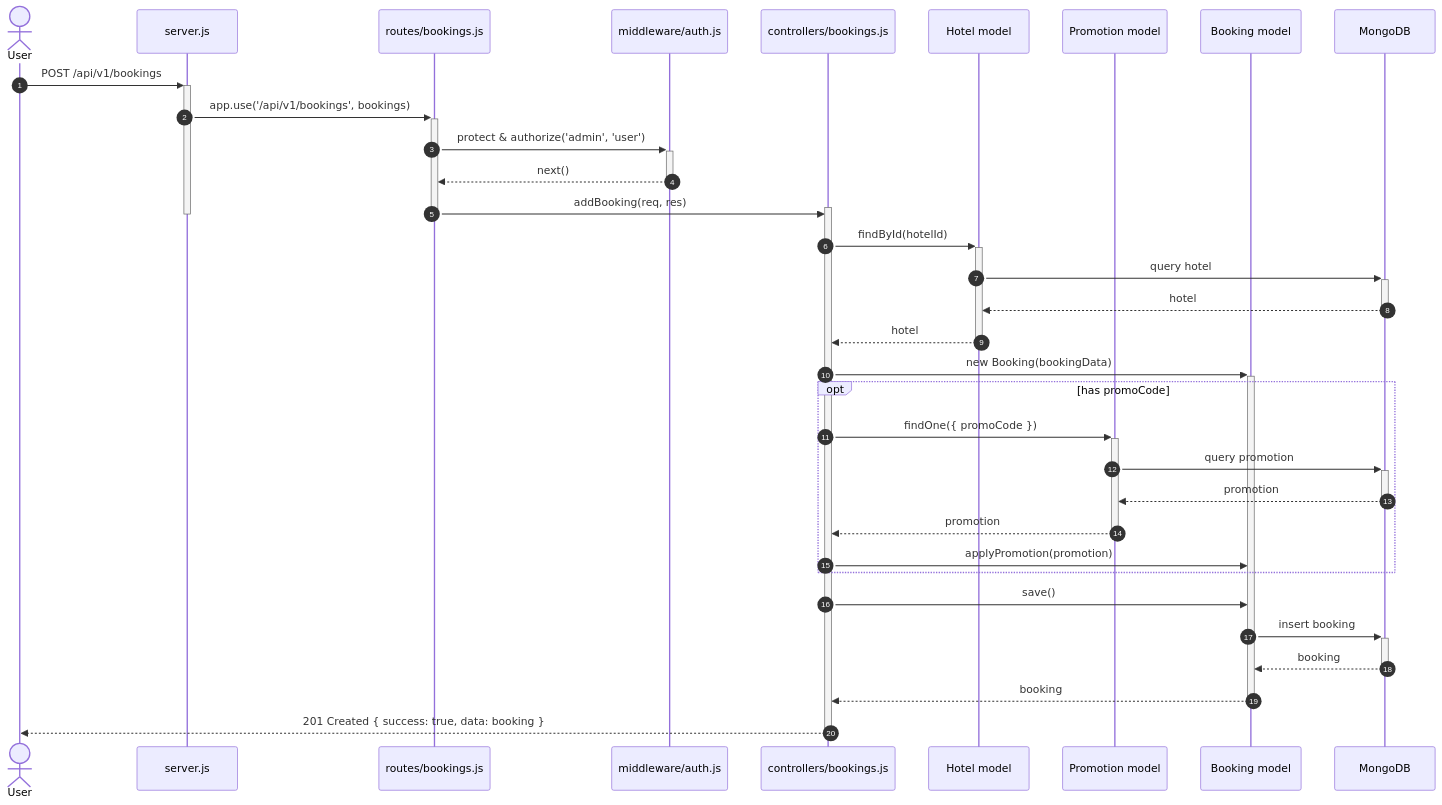
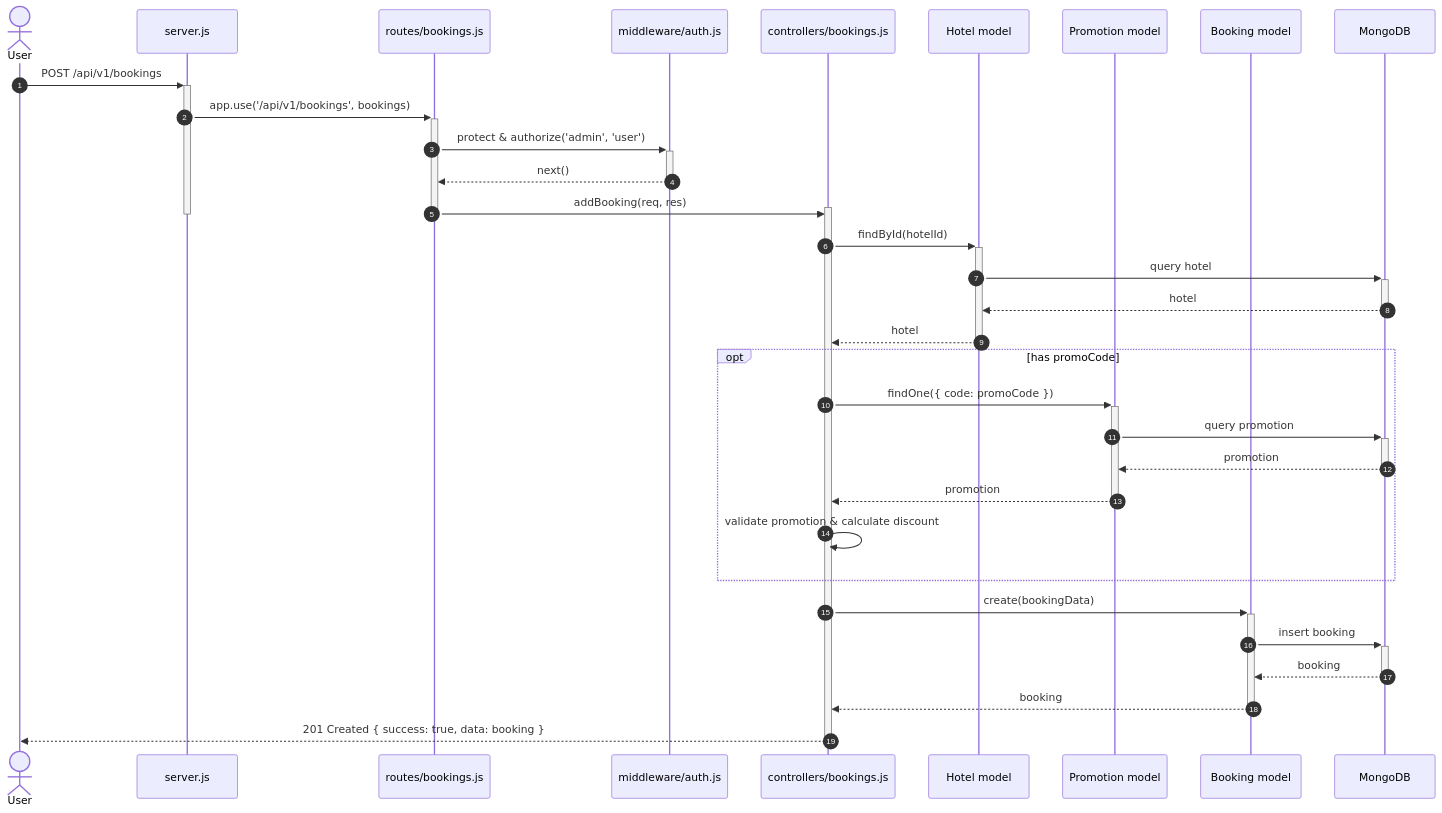
Before and after one commit to charairats/hotel_booking_system: the diagram in docs/sequence-book-hotel.md, drawn with Mermaid. The commit also changed other lines of this file and 2 other files, not shown here.

Commit message:
feat(docs): update class and sequence diagrams to include maxNights field for hotels

````diff
--- a/docs/sequence-book-hotel.md
+++ b/docs/sequence-book-hotel.md
@@ -5,43 +5,41 @@
 ```mermaid
 sequenceDiagram
     autonumber
     actor User
     participant Server as server.js
     participant Route as routes/bookings.js
     participant Auth as middleware/auth.js
     participant Controller as controllers/bookings.js
     participant Hotel as Hotel model
     participant Promotion as Promotion model
     participant Booking as Booking model
     participant DB as MongoDB
 
     User->>+Server: POST /api/v1/bookings
     Server->>+Route: app.use('/api/v1/bookings', bookings)
     Route->>+Auth: protect & authorize('admin', 'user')
     Auth-->>-Route: next()
     Route->>+Controller: addBooking(req, res)
     deactivate Route
     deactivate Server
 
     Controller->>+Hotel: findById(hotelId)
     Hotel->>+DB: query hotel
     DB-->>-Hotel: hotel
     Hotel-->>-Controller: hotel
 
-    Controller->>+Booking: new Booking(bookingData)
-
     opt has promoCode
-        Controller->>+Promotion: findOne({ promoCode })
+        Controller->>+Promotion: findOne({ code: promoCode })
         Promotion->>+DB: query promotion
         DB-->>-Promotion: promotion
         Promotion-->>-Controller: promotion
-        Controller->>Booking: applyPromotion(promotion)
+        Controller->>Controller: validate promotion & calculate discount
     end
 
-    Controller->>Booking: save()
+    Controller->>+Booking: create(bookingData)
     Booking->>+DB: insert booking
     DB-->>-Booking: booking
     Booking-->>-Controller: booking
 
     Controller-->>-User: 201 Created { success: true, data: booking }
 ```
````
